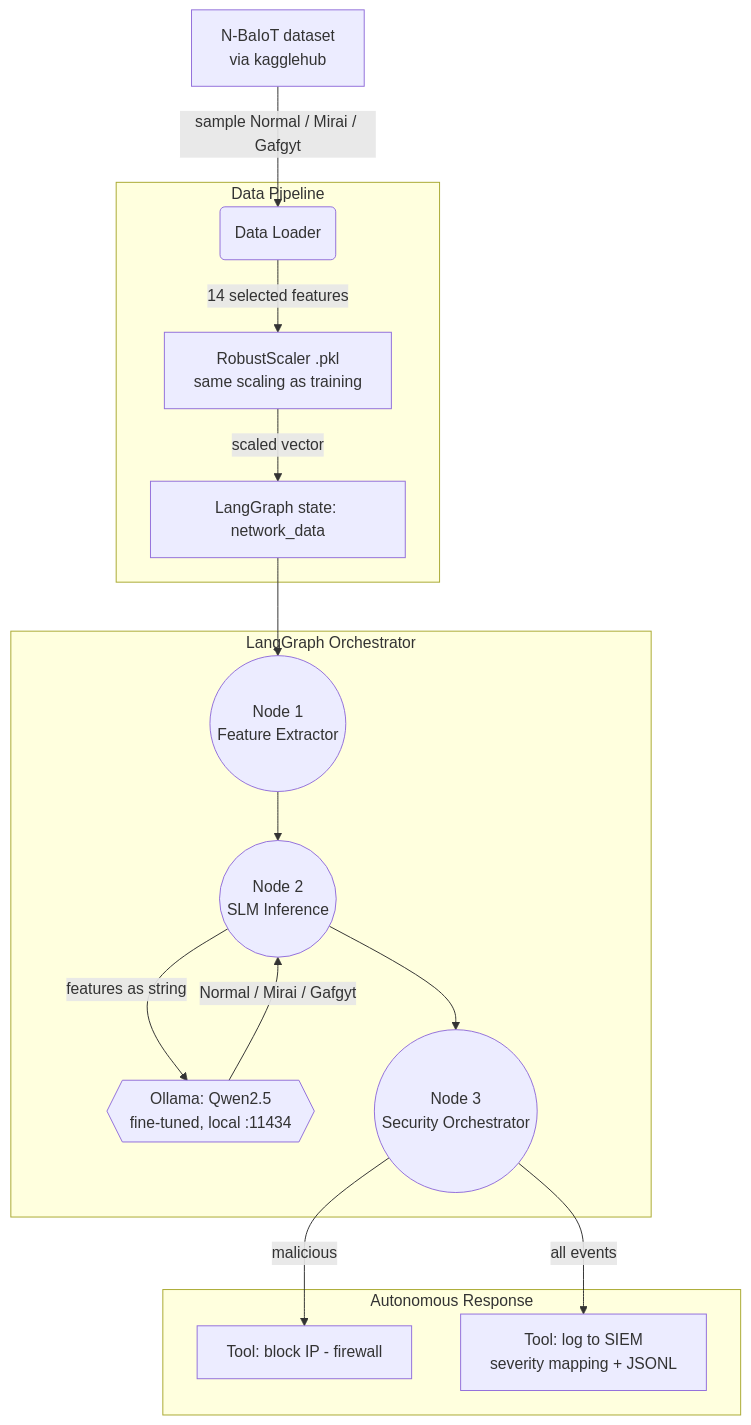
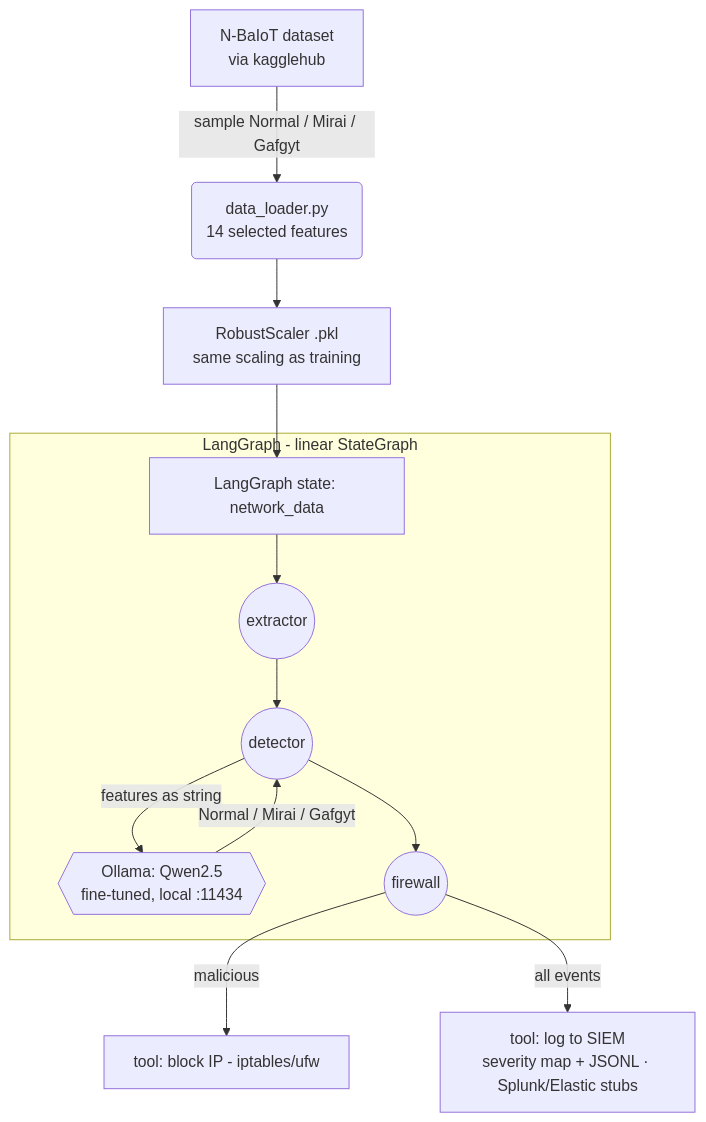
One commit to YeisonDelgado/LangGraph_Bootnet_Detection changed the diagram in README.md. Above: the diagram before and after it, drawn with Mermaid. The commit also changed other lines of this file and 1 other file, not shown here.

````diff
--- a/README.md
+++ b/README.md
@@ -26,22 +21,17 @@
 ```mermaid
 graph TD
-    A[N-BaIoT dataset<br/>via kagglehub] -->|sample Normal / Mirai / Gafgyt| B(Data Loader)
+    A[N-BaIoT dataset<br/>via kagglehub] -->|sample Normal / Mirai / Gafgyt| B(data_loader.py<br/>14 selected features)
+    B --> C[RobustScaler .pkl<br/>same scaling as training]
+    C --> D[LangGraph state: network_data]
 
-    subgraph Data Pipeline
-        B -->|14 selected features| C[RobustScaler .pkl<br/>same scaling as training]
-        C -->|scaled vector| D[LangGraph state: network_data]
+    subgraph LangGraph - linear StateGraph
+        D --> N1((extractor))
+        N1 --> N2((detector))
+        N2 -->|features as string| LLM{{Ollama: Qwen2.5<br/>fine-tuned, local :11434}}
+        LLM -->|Normal / Mirai / Gafgyt| N2
+        N2 --> N3((firewall))
     end
 
-    subgraph LangGraph Orchestrator
-        D --> N1((Node 1<br/>Feature Extractor))
-        N1 --> N2((Node 2<br/>SLM Inference))
-        N2 -->|features as string| LLM{{Ollama: Qwen2.5<br/>fine-tuned, local :11434}}
-        LLM -->|Normal / Mirai / Gafgyt| N2
-        N2 --> N3((Node 3<br/>Security Orchestrator))
-    end
-
-    subgraph Autonomous Response
-        N3 -->|malicious| BLOCK[Tool: block IP - firewall]
-        N3 -->|all events| SIEM[Tool: log to SIEM<br/>severity mapping + JSONL]
-    end
+    N3 -->|malicious| BLOCK[tool: block IP - iptables/ufw]
+    N3 -->|all events| SIEM[tool: log to SIEM<br/>severity map + JSONL · Splunk/Elastic stubs]
 ```
````
